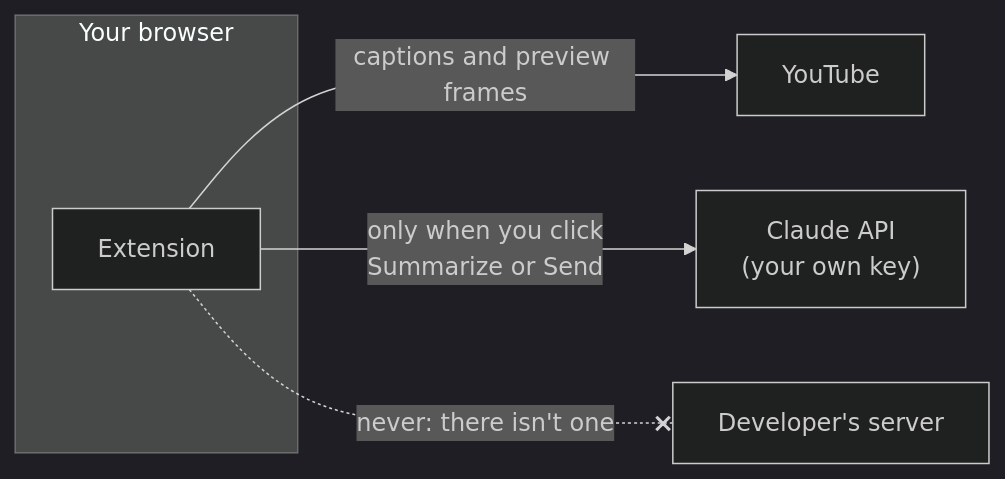
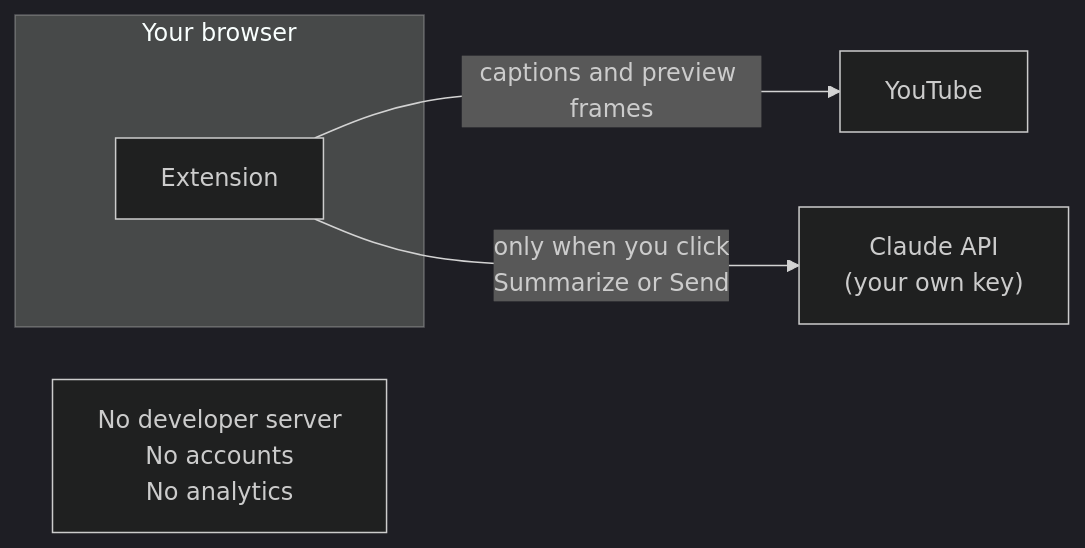
Before and after one commit to davidmarkleach/my-youtube-transcript: the diagram in README.md, drawn with Mermaid (dark theme).

Commit message:
Simplify the README data-flow diagram

````diff
--- a/README.md
+++ b/README.md
@@ -26,12 +26,11 @@
 ```mermaid
 flowchart LR
     subgraph B["Your browser"]
         E["Extension"]
     end
     Y["YouTube"]
     C["Claude API<br/>(your own key)"]
-    D["Developer's server"]
+    N["No developer server<br/>No accounts<br/>No analytics"]
     E -- "captions and preview frames" --> Y
     E -- "only when you click<br/>Summarize or Send" --> C
-    E -. "never: there isn't one" .-x D
 ```
````
